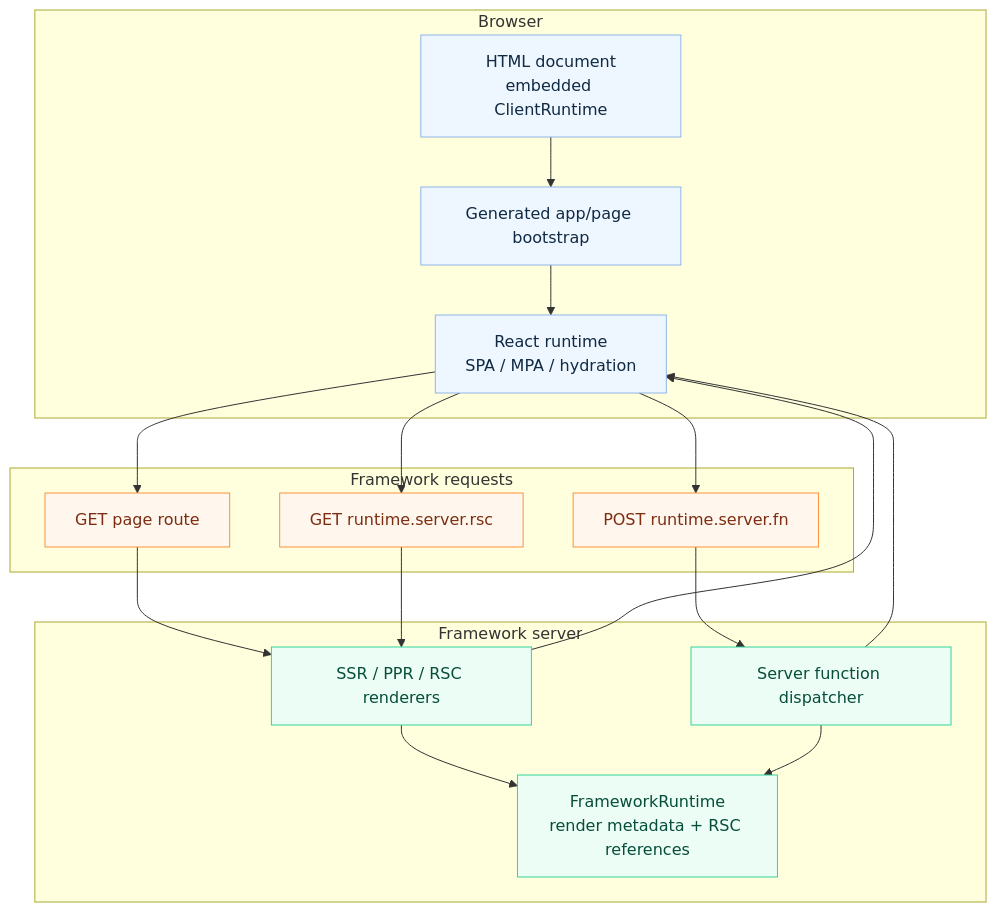
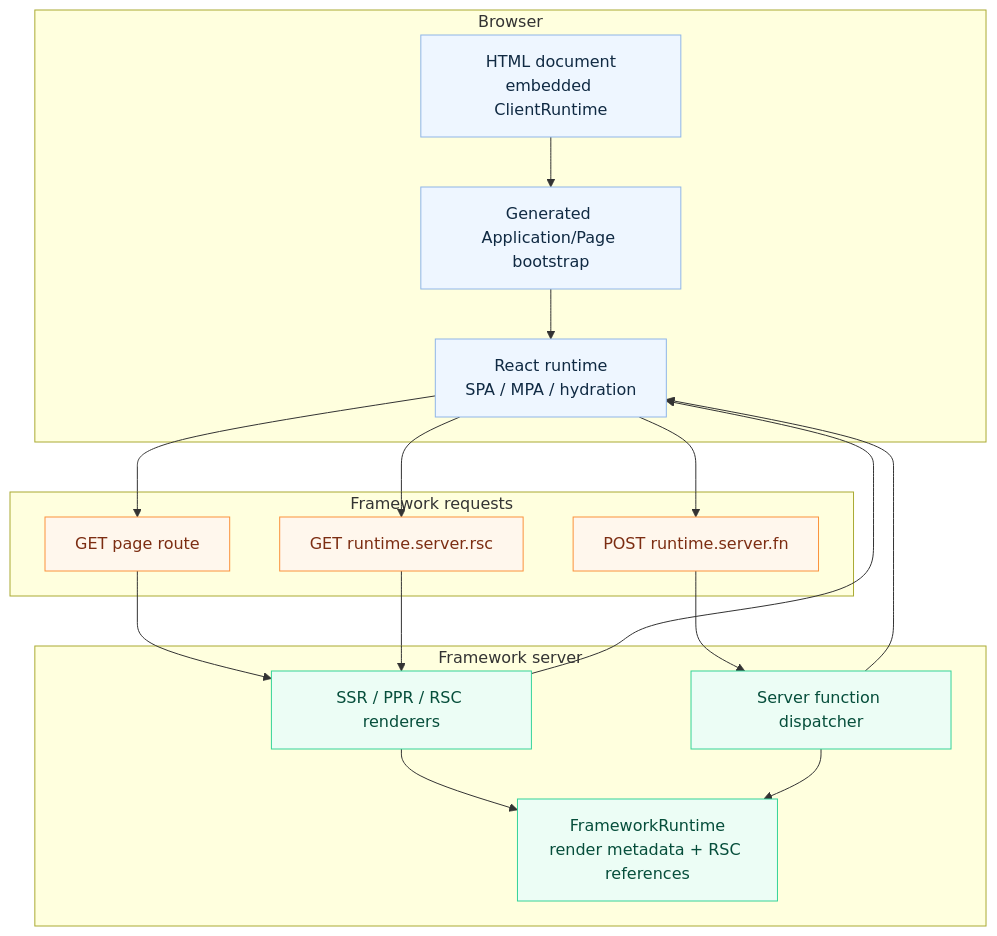
The third of 4 diagrams in docs/i18n/zh-Hans/docusaurus-plugin-content-docs/current/architecture.md (afx-team/evjs), drawn with Mermaid before and after one commit. The commit also changed other lines of this file and 304 other files, not shown here.

````diff
--- a/docs/i18n/zh-Hans/docusaurus-plugin-content-docs/current/architecture.md
+++ b/docs/i18n/zh-Hans/docusaurus-plugin-content-docs/current/architecture.md
@@ -250,36 +258,36 @@
 ```mermaid
 flowchart TB
   subgraph BrowserSide["Browser"]
     HTMLDoc["HTML document\nembedded ClientRuntime"]
-    Bootstrap["Generated app/page bootstrap"]
+    Bootstrap["Generated Application/Page bootstrap"]
     ReactApp["React runtime\nSPA / MPA / hydration"]
   end
 
   subgraph Requests["Framework requests"]
     FnReq["POST runtime.server.fn"]
     PageReq["GET page route"]
     RSCReq["GET runtime.server.rsc"]
   end
 
   subgraph ServerSide["Framework server"]
     Dispatch["Server function dispatcher"]
     Renderers["SSR / PPR / RSC renderers"]
     FrameworkRuntime["FrameworkRuntime\nrender metadata + RSC references"]
   end
 
   HTMLDoc --> Bootstrap --> ReactApp
   ReactApp --> FnReq --> Dispatch
   ReactApp --> PageReq --> Renderers
   ReactApp --> RSCReq --> Renderers
   Renderers --> FrameworkRuntime
   Dispatch --> FrameworkRuntime
   Dispatch --> ReactApp
   Renderers --> ReactApp
 
   classDef browser fill:#eef6ff,stroke:#8fb5e8,color:#102a43;
   classDef request fill:#fff7ed,stroke:#fb923c,color:#7c2d12;
   classDef server fill:#ecfdf5,stroke:#34d399,color:#064e3b;
   class HTMLDoc,Bootstrap,ReactApp browser;
   class FnReq,PageReq,RSCReq request;
   class Dispatch,Renderers,FrameworkRuntime server;
 ```
````
